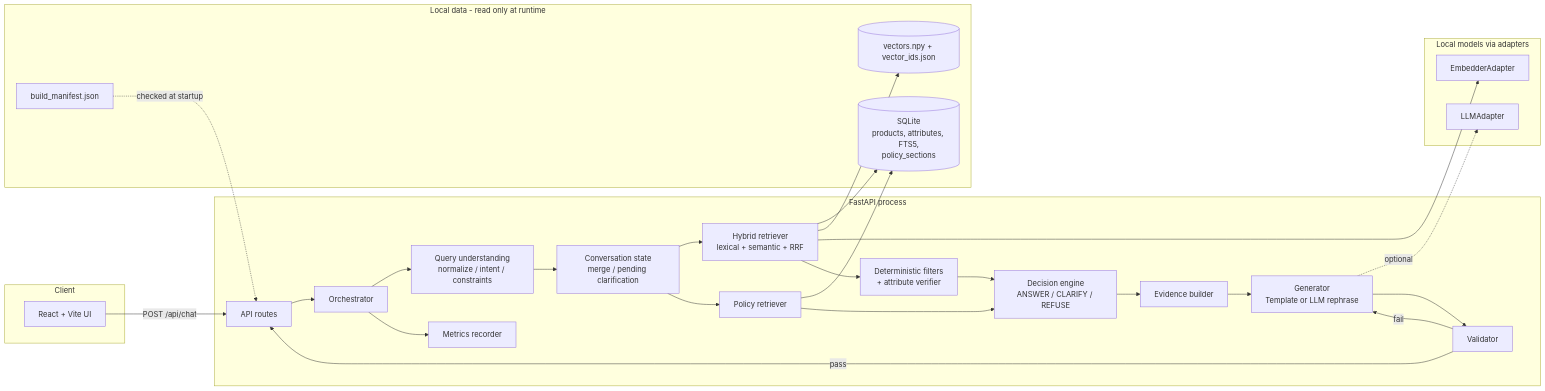
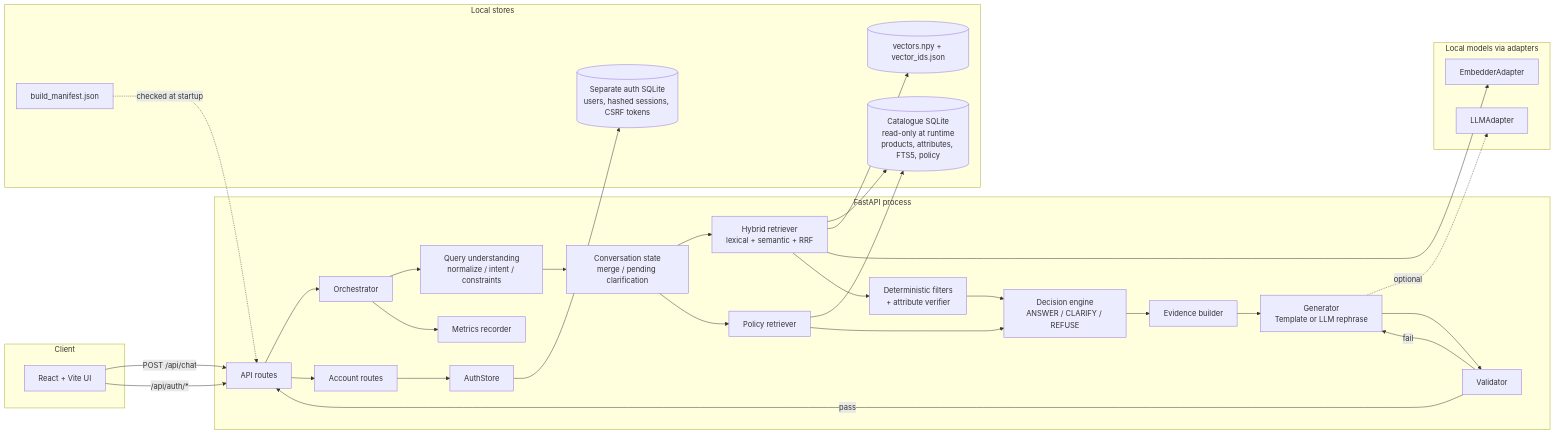
Before and after one commit to 2pavansada/truthcart: the first of 4 diagrams in architecture.md, drawn with Mermaid. The commit also changed other lines of this file and 75 other files, not shown here.

````diff
--- a/architecture.md
+++ b/architecture.md
@@ -53,44 +54,48 @@
 ```mermaid
 flowchart LR
   subgraph Client
     UI[React + Vite UI]
   end
   subgraph Backend[FastAPI process]
     API[API routes]
+    AUTH[Account routes]
+    AUTHSTORE[AuthStore]
     ORCH[Orchestrator]
     NLP[Query understanding\nnormalize / intent / constraints]
     CONV[Conversation state\nmerge / pending clarification]
     RET[Hybrid retriever\nlexical + semantic + RRF]
     FILT[Deterministic filters\n+ attribute verifier]
     POLR[Policy retriever]
     DEC[Decision engine\nANSWER / CLARIFY / REFUSE]
     EVB[Evidence builder]
     GEN[Generator\nTemplate or LLM rephrase]
     VAL[Validator]
     MET[Metrics recorder]
   end
-  subgraph Data[Local data - read only at runtime]
-    DB[(SQLite\nproducts, attributes, FTS5,\npolicy_sections)]
+  subgraph Data[Local stores]
+    DB[(Catalogue SQLite\nread-only at runtime\nproducts, attributes, FTS5, policy)]
+    AUTHDB[(Separate auth SQLite\nusers, hashed sessions, CSRF tokens)]
     VEC[(vectors.npy + vector_ids.json)]
     MAN[build_manifest.json]
   end
   subgraph Models[Local models via adapters]
     EMB[EmbedderAdapter]
     LLM[LLMAdapter]
   end
   UI -->|POST /api/chat| API --> ORCH
+  UI -->|/api/auth/*| API --> AUTH --> AUTHSTORE --> AUTHDB
   ORCH --> NLP --> CONV --> RET
   RET --> DB
   RET --> VEC
   RET --> EMB
   RET --> FILT --> DEC
   CONV --> POLR --> DB
   POLR --> DEC
   DEC --> EVB --> GEN
   GEN -.optional.-> LLM
   GEN --> VAL
   VAL -->|pass| API
   VAL -->|fail| GEN
   ORCH --> MET
   MAN -.checked at startup.-> API
 ```
````
